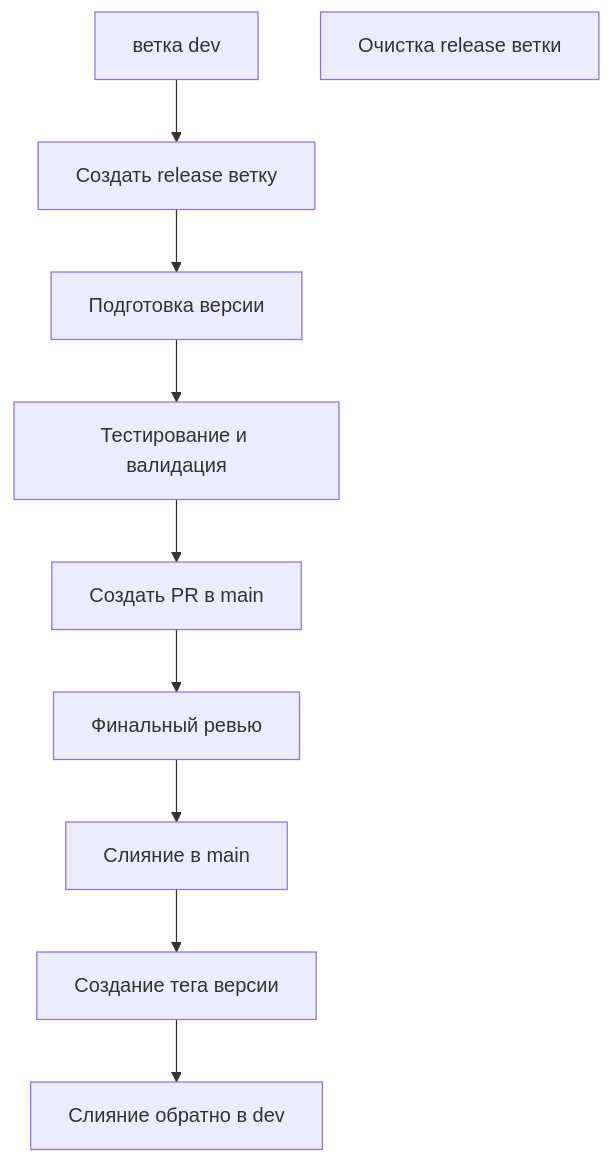
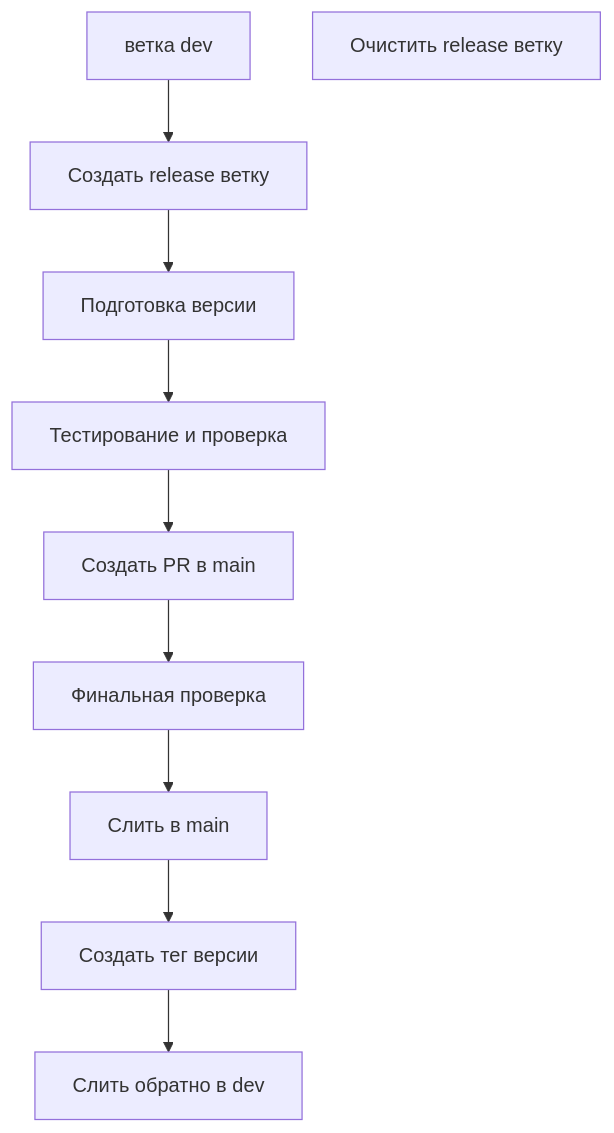
Before and after one commit to ChenXu233/YaoXiang: the third of 3 diagrams in docs/src/ru/dev/branch-maintenance-guide.md, drawn with Mermaid. The commit also changed other lines of this file and 163 other files, not shown here.

````diff
--- a/docs/src/ru/dev/branch-maintenance-guide.md
+++ b/docs/src/ru/dev/branch-maintenance-guide.md
@@ -182,12 +181,12 @@
 ```mermaid
 graph TD
     A[ветка dev] --> B[Создать release ветку]
     B --> C[Подготовка версии]
-    C --> D[Тестирование и валидация]
+    C --> D[Тестирование и проверка]
     D --> E[Создать PR в main]
-    E --> F[Финальный ревью]
-    F --> G[Слияние в main]
-    G --> H[Создание тега версии]
-    H --> I[Слияние обратно в dev]
-    J[Очистка release ветки]
+    E --> F[Финальная проверка]
+    F --> G[Слить в main]
+    G --> H[Создать тег версии]
+    H --> I[Слить обратно в dev]
+    J[Очистить release ветку]
 ```
````
